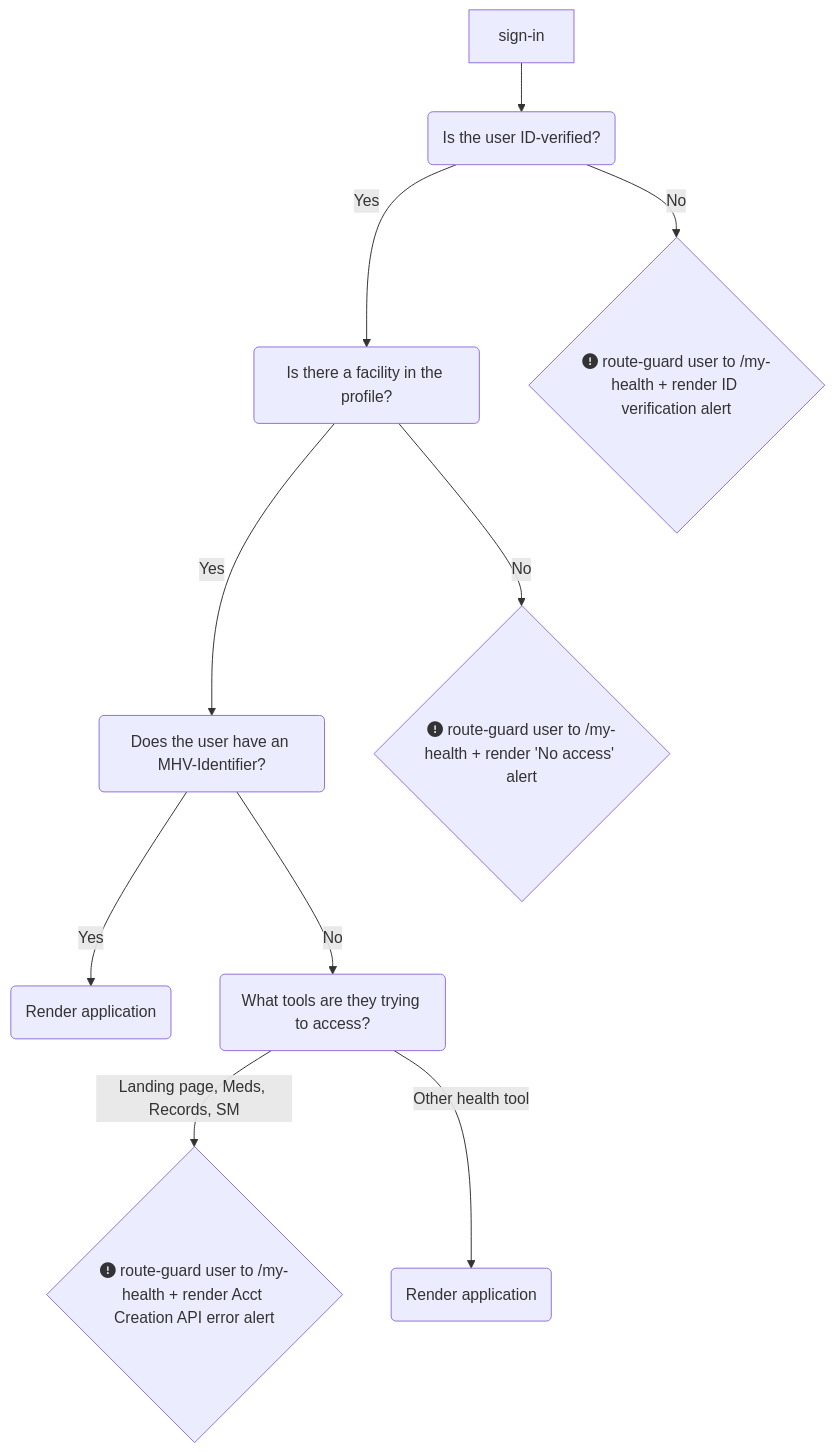
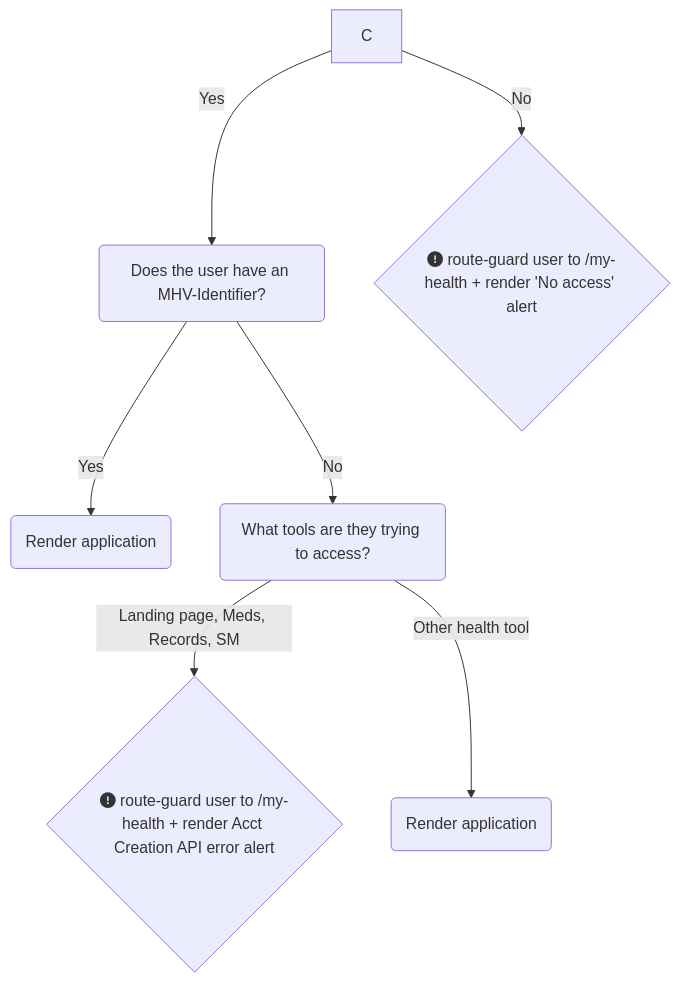
The diagram in products/health-care/digital-health-modernization/mhv-to-va.gov/governance/mhv-account-creation-api.md (department-of-veterans-affairs/va.gov-team), drawn with Mermaid before and after one commit.

````diff
--- a/products/health-care/digital-health-modernization/mhv-to-va.gov/governance/mhv-account-creation-api.md
+++ b/products/health-care/digital-health-modernization/mhv-to-va.gov/governance/mhv-account-creation-api.md
@@ -50,12 +50,9 @@
 ```mermaid
 flowchart TD
-    A[sign-in] --> B(Is the user ID-verified?)
-    B --> |Yes| C(Is there a facility in the profile?)
-    B --> |No| E{fa:fa-circle-exclamation route-guard user to /my-health + render ID verification alert}
     C -->|Yes| D(Does the user have an MHV-Identifier?)
     C -->|No| F{fa:fa-circle-exclamation route-guard user to /my-health + render 'No access' alert}
     D --> |Yes| G(Render application)
     D --> |No| H(What tools are they trying to access?)
     H --> |Landing page, Meds, Records, SM| I{fa:fa-circle-exclamation route-guard user to /my-health + render Acct Creation API error alert}
     H --> |Other health tool| J(Render application)
 ```
````
